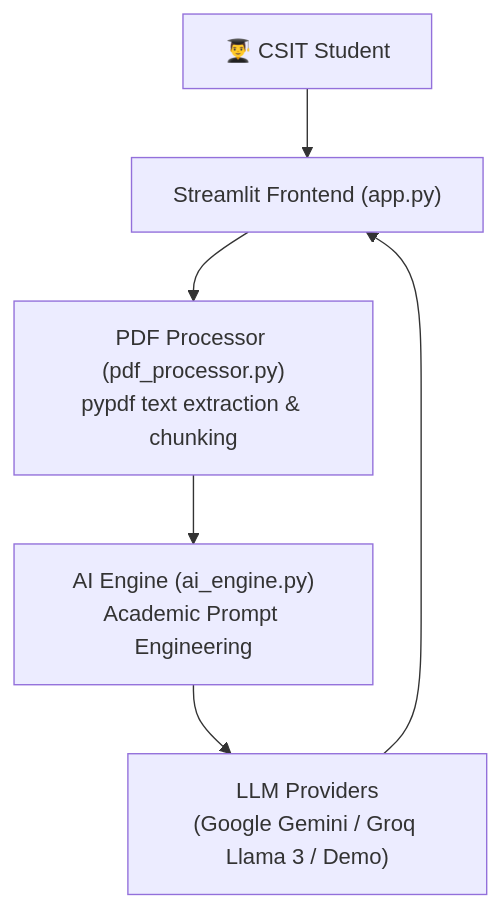
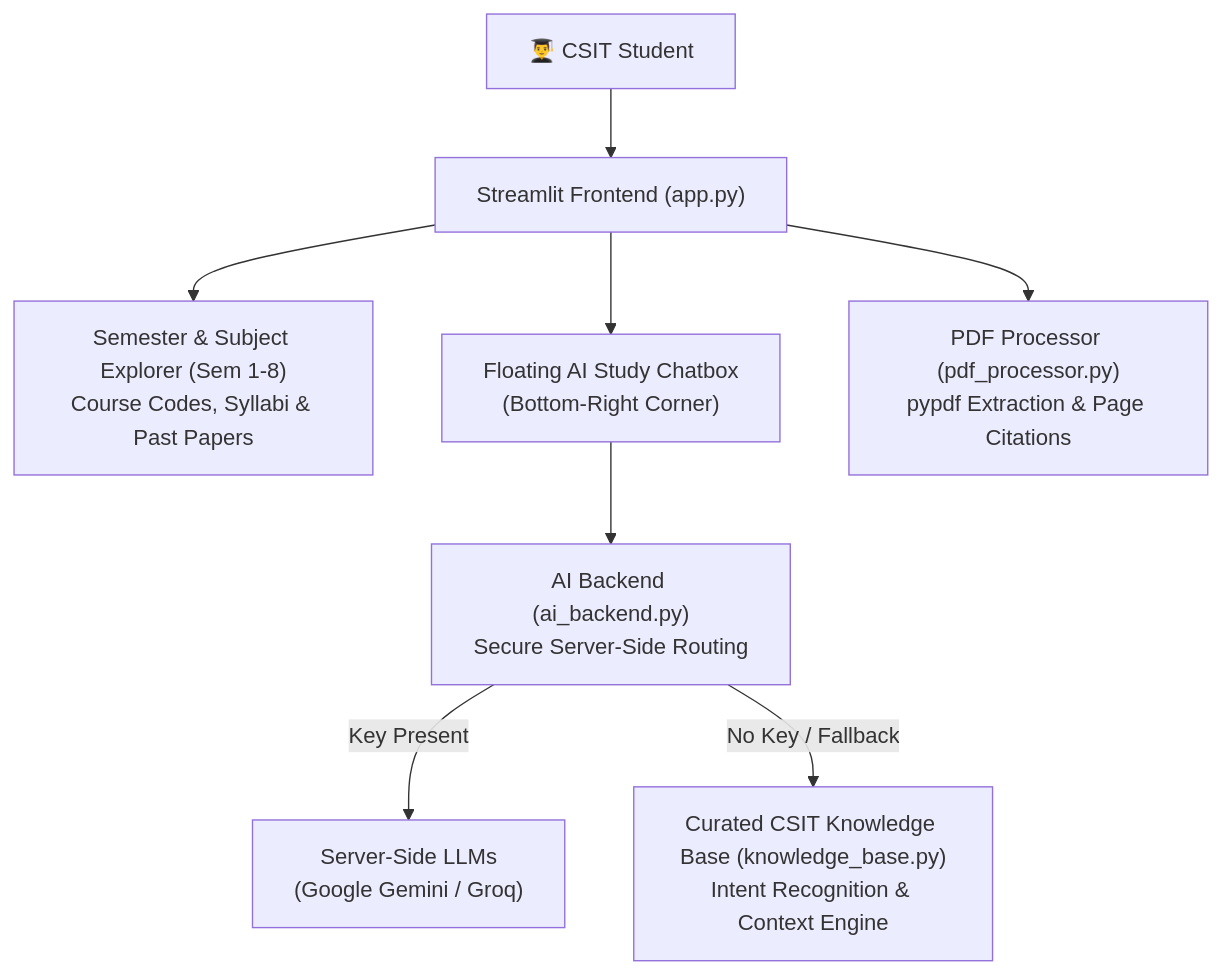
One commit to hola-mundo999/ai-csit-study-assistant changed the diagram in README.md. Above: the diagram before and after it, drawn with Mermaid. The commit also changed other lines of this file and 7 other files, not shown here.

Commit message:
feat: transform into HamroCSIT-inspired TU CSIT learning platform with floating AI tutor

````diff
--- a/README.md
+++ b/README.md
@@ -28,8 +33,10 @@
 ```mermaid
 flowchart TD
     User["👨‍🎓 CSIT Student"] --> UI["Streamlit Frontend (app.py)"]
-    UI --> PDF["PDF Processor (pdf_processor.py)<br>pypdf text extraction & chunking"]
-    PDF --> Engine["AI Engine (ai_engine.py)<br>Academic Prompt Engineering"]
-    Engine --> LLM["LLM Providers<br>(Google Gemini / Groq Llama 3 / Demo)"]
-    LLM --> UI
+    UI --> Nav["Semester & Subject Explorer (Sem 1-8)<br>Course Codes, Syllabi & Past Papers"]
+    UI --> FloatChat["Floating AI Study Chatbox<br>(Bottom-Right Corner)"]
+    FloatChat --> Backend["AI Backend (ai_backend.py)<br>Secure Server-Side Routing"]
+    Backend -->|Key Present| CloudLLM["Server-Side LLMs<br>(Google Gemini / Groq)"]
+    Backend -->|No Key / Fallback| KB["Curated CSIT Knowledge Base (knowledge_base.py)<br>Intent Recognition & Context Engine"]
+    UI --> PDF["PDF Processor (pdf_processor.py)<br>pypdf Extraction & Page Citations"]
 ```
````
